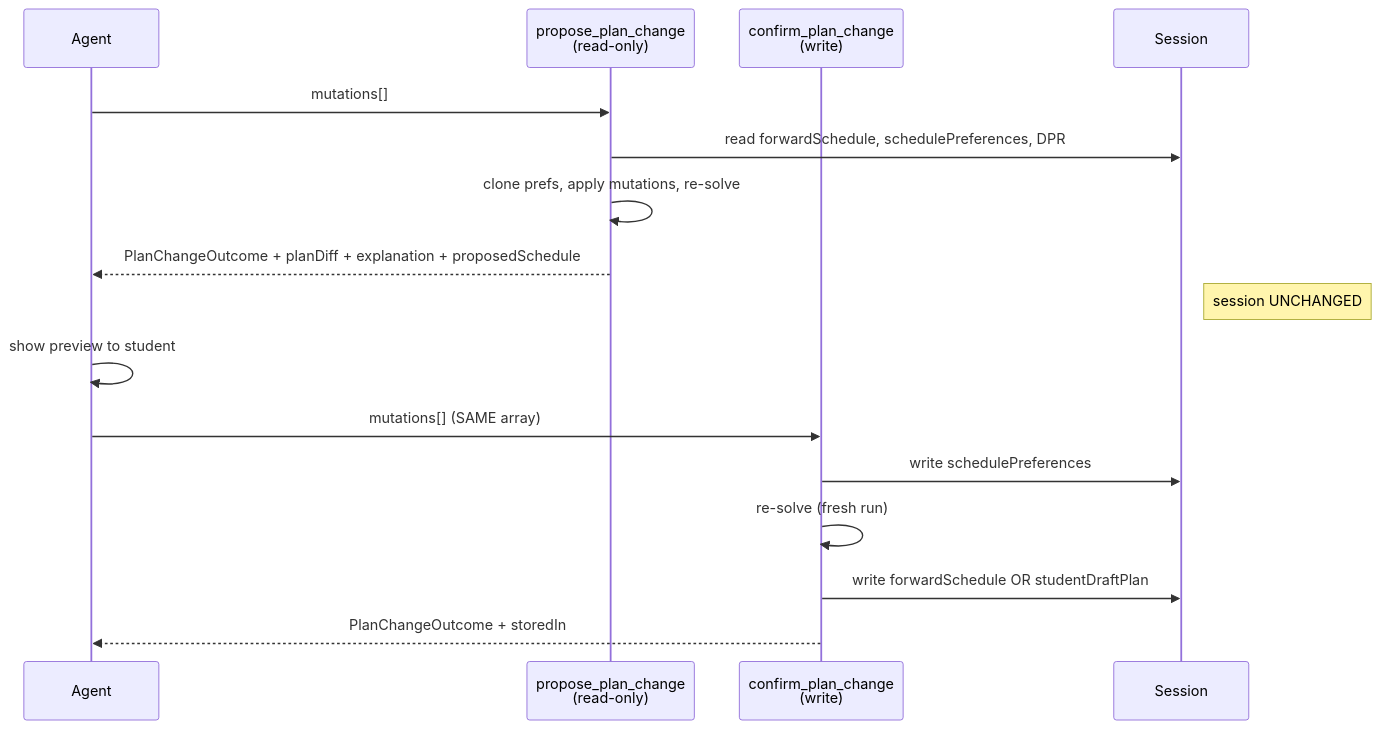
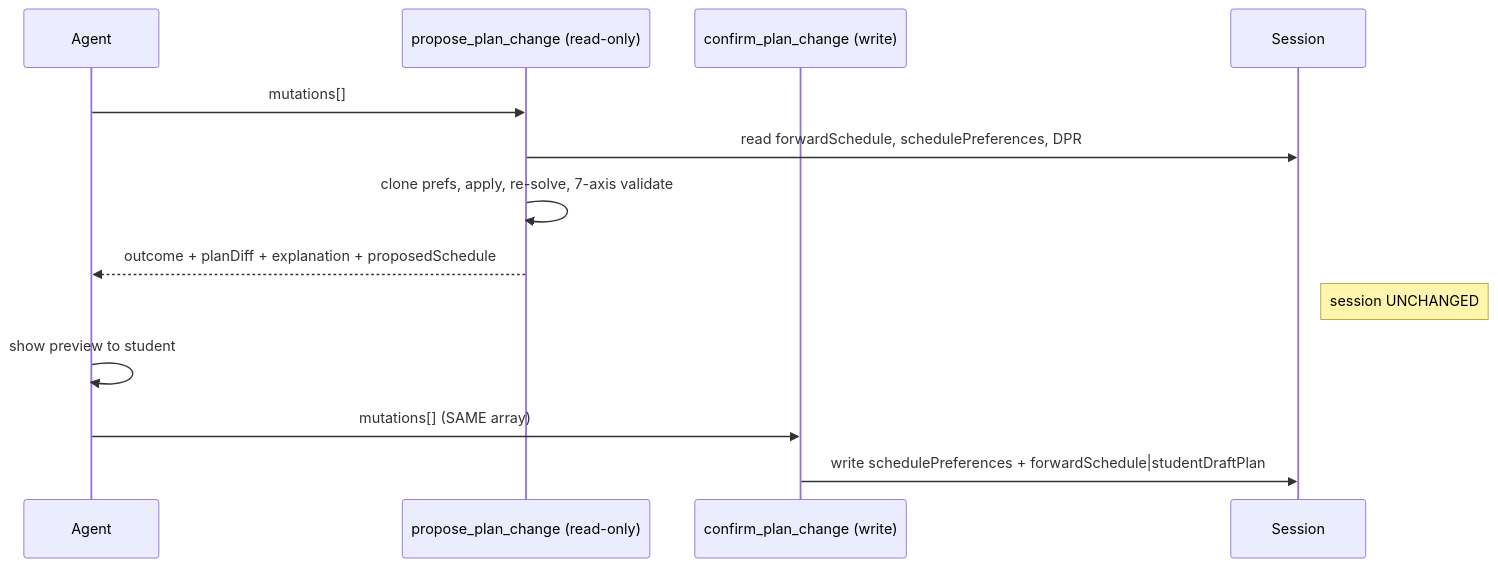
One commit to EdoardoMongardi/NYU_Path changed the third of 3 diagrams in Docs/current-system/tools/propose_plan_change.md. Above: the diagram before and after it, drawn with Mermaid. The commit also changed other lines of this file and 73 other files, not shown here.

````diff
--- a/Docs/current-system/tools/propose_plan_change.md
+++ b/Docs/current-system/tools/propose_plan_change.md
@@ -238,19 +191,16 @@
 ```mermaid
 sequenceDiagram
     participant Agent
-    participant Propose as propose_plan_change<br/>(read-only)
-    participant Confirm as confirm_plan_change<br/>(write)
+    participant Propose as propose_plan_change (read-only)
+    participant Confirm as confirm_plan_change (write)
     participant Session
 
     Agent->>Propose: mutations[]
     Propose->>Session: read forwardSchedule, schedulePreferences, DPR
-    Propose->>Propose: clone prefs, apply mutations, re-solve
-    Propose-->>Agent: PlanChangeOutcome + planDiff + explanation + proposedSchedule
+    Propose->>Propose: clone prefs, apply, re-solve, 7-axis validate
+    Propose-->>Agent: outcome + planDiff + explanation + proposedSchedule
     Note right of Session: session UNCHANGED
     Agent->>Agent: show preview to student
     Agent->>Confirm: mutations[] (SAME array)
-    Confirm->>Session: write schedulePreferences
-    Confirm->>Confirm: re-solve (fresh run)
-    Confirm->>Session: write forwardSchedule OR studentDraftPlan
-    Confirm-->>Agent: PlanChangeOutcome + storedIn
+    Confirm->>Session: write schedulePreferences + forwardSchedule|studentDraftPlan
 ```
````
